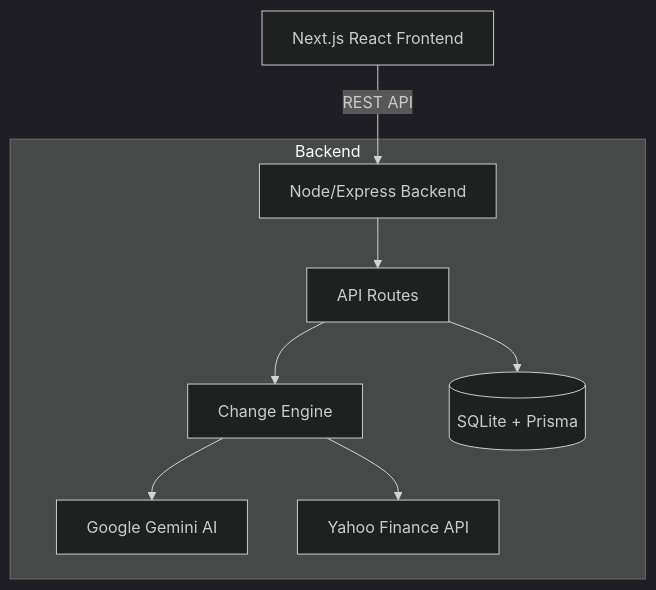
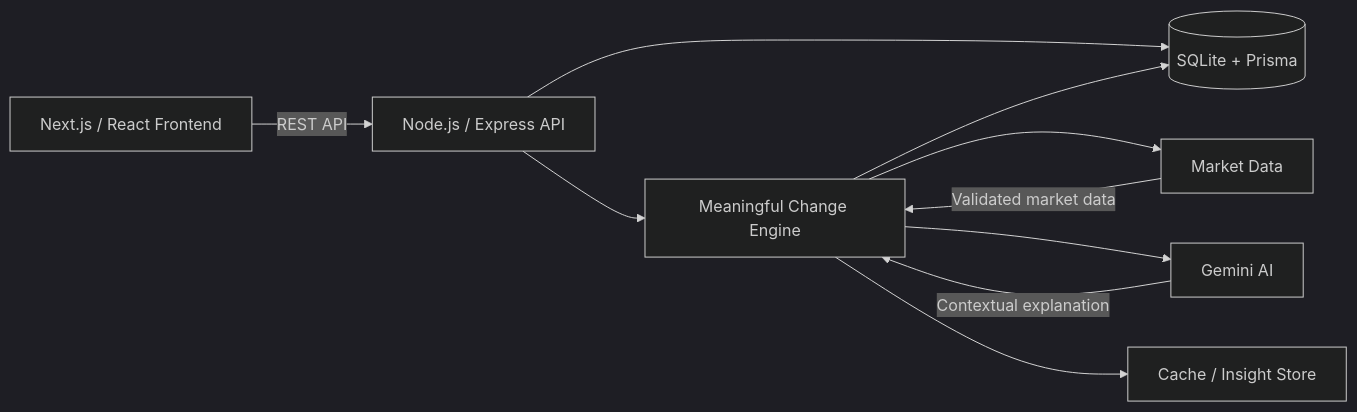
One commit to Aayushi-raj/Smart-Watchlist-CodeByGroww changed the diagram in README.md. Above: the diagram before and after it, drawn with Mermaid (dark theme). The commit also changed other lines of this file, not shown here.

Commit message:
Revise README for clarity and architectural details
Updated the README to improve clarity and structure, including architectural details and feature descriptions.

````diff
--- a/README.md
+++ b/README.md
@@ -64,12 +64,24 @@
 ```mermaid
-graph TD
-    Client[Next.js React Frontend] -->|REST API| Server[Node/Express Backend]
-    
-    subgraph Backend
-        Server --> API[API Routes]
-        API --> Engine[Change Engine]
-        API --> DB[(SQLite + Prisma)]
-        Engine --> Gemini[Google Gemini AI]
-        Engine --> Yahoo[Yahoo Finance API]
-    end
+flowchart LR
+    Client["Next.js / React Frontend"]
+    API["Node.js / Express API"]
+
+    DB[("SQLite + Prisma")]
+    CE["Meaningful Change Engine"]
+    MF["Market Data"]
+    AI["Gemini AI"]
+    Cache["Cache / Insight Store"]
+
+    Client -->|REST API| API
+
+    API --> DB
+    API --> CE
+
+    CE --> MF
+    CE --> DB
+    CE --> AI
+    CE --> Cache
+
+    MF -->|Validated market data| CE
+    AI -->|Contextual explanation| CE
 ```
````
